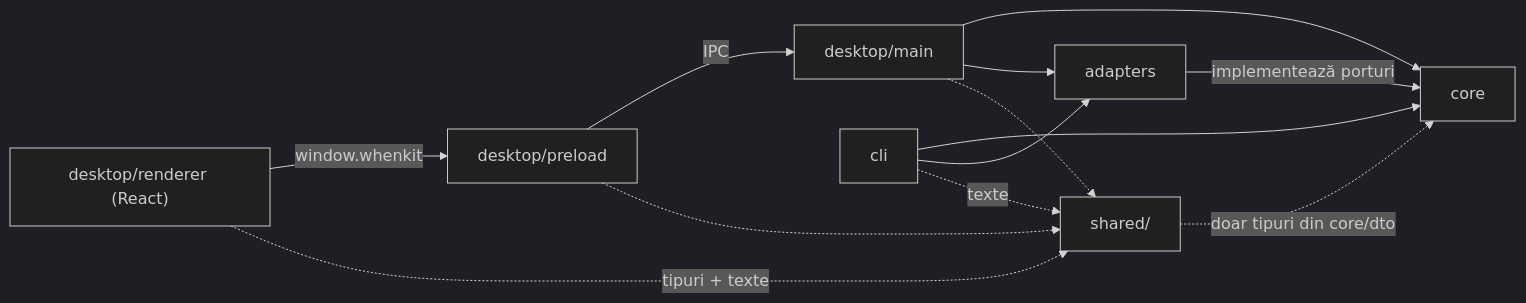
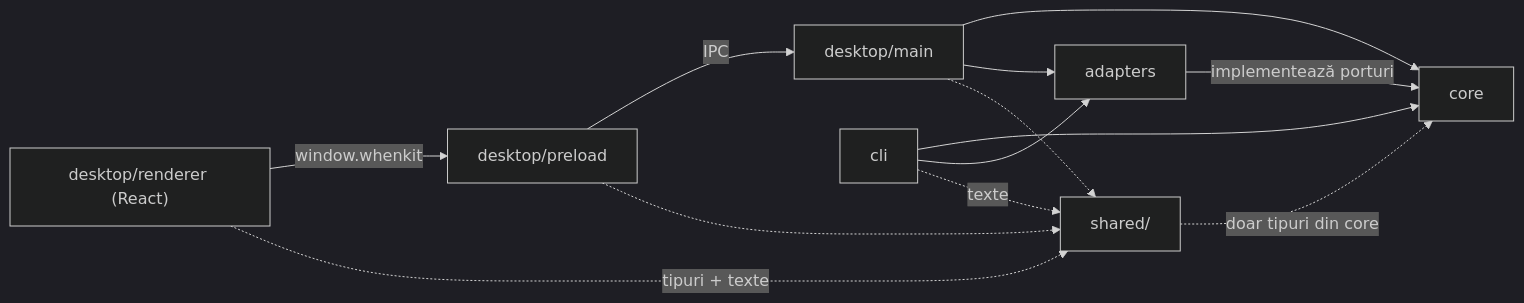
One commit to Lwcka/whenkit changed the first of 3 diagrams in _bmad-output/initiative-whenkit-mvp/architecture-whenkit/architecture-whenkit.md. Above: the diagram before and after it, drawn with Mermaid (dark theme). The commit also changed other lines of this file and 2 other files, not shown here.

Commit message:
Architecture: AD-7 abandoned repos, shared imports core types, AD-11 rejections --remove

````diff
--- a/_bmad-output/initiative-whenkit-mvp/architecture-whenkit/architecture-whenkit.md
+++ b/_bmad-output/initiative-whenkit-mvp/architecture-whenkit/architecture-whenkit.md
@@ -31,15 +31,15 @@
 ```mermaid
 flowchart LR
   renderer["desktop/renderer (React)"] -->|window.whenkit| preload["desktop/preload"]
   preload -->|IPC| main["desktop/main"]
   main --> core
   cli --> core
   main --> adapters
   cli --> adapters
   adapters -->|implementează porturi| core
   renderer -.->|tipuri + texte| shared["shared/"]
   preload -.-> shared
   main -.-> shared
   cli -.->|texte| shared
-  shared -.->|doar tipuri din core/dto| core
+  shared -.->|doar tipuri din core| core
 ```
````
